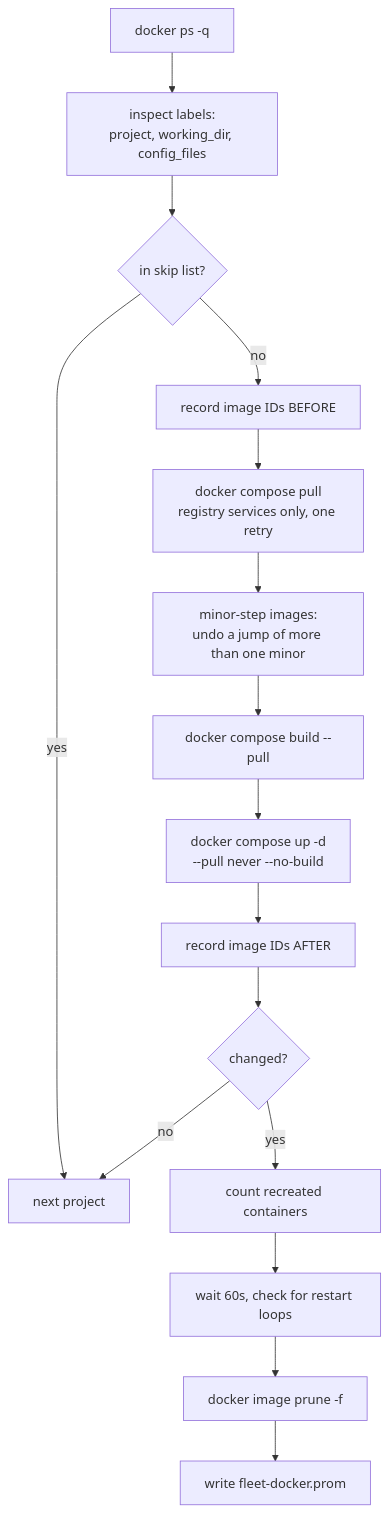
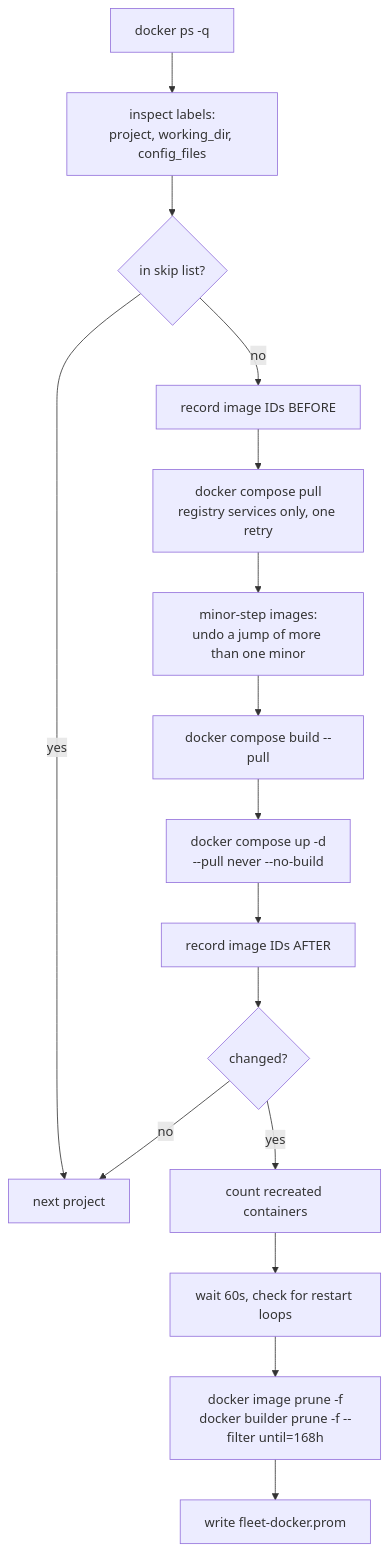
The diagram in ansible/docs/fleet/container-updates.md (HarshitRuwali/homelab-infra), drawn with Mermaid before and after one commit. The commit also changed other lines of this file and 4 other files, not shown here.

First line of the commit message:
perf(ansible): prune week-old unused Docker build cache in the nightly update (#48)

````diff
--- a/ansible/docs/fleet/container-updates.md
+++ b/ansible/docs/fleet/container-updates.md
@@ -84,18 +84,18 @@
 ```mermaid
 flowchart TD
     A["docker ps -q"] --> B["inspect labels:<br/>project, working_dir, config_files"]
     B --> C{"in skip list?"}
     C -->|yes| Z["next project"]
     C -->|no| D["record image IDs BEFORE"]
     D --> E["docker compose pull<br/>registry services only, one retry"]
     E --> M["minor-step images:<br/>undo a jump of more than one minor"]
     M --> F["docker compose build --pull"]
     F --> N["docker compose up -d<br/>--pull never --no-build"]
     N --> G["record image IDs AFTER"]
     G --> H{"changed?"}
     H -->|yes| I["count recreated containers"]
     H -->|no| Z
     I --> J["wait 60s, check for restart loops"]
-    J --> K["docker image prune -f"]
+    J --> K["docker image prune -f<br/>docker builder prune -f --filter until=168h"]
     K --> L["write fleet-docker.prom"]
 ```
````
